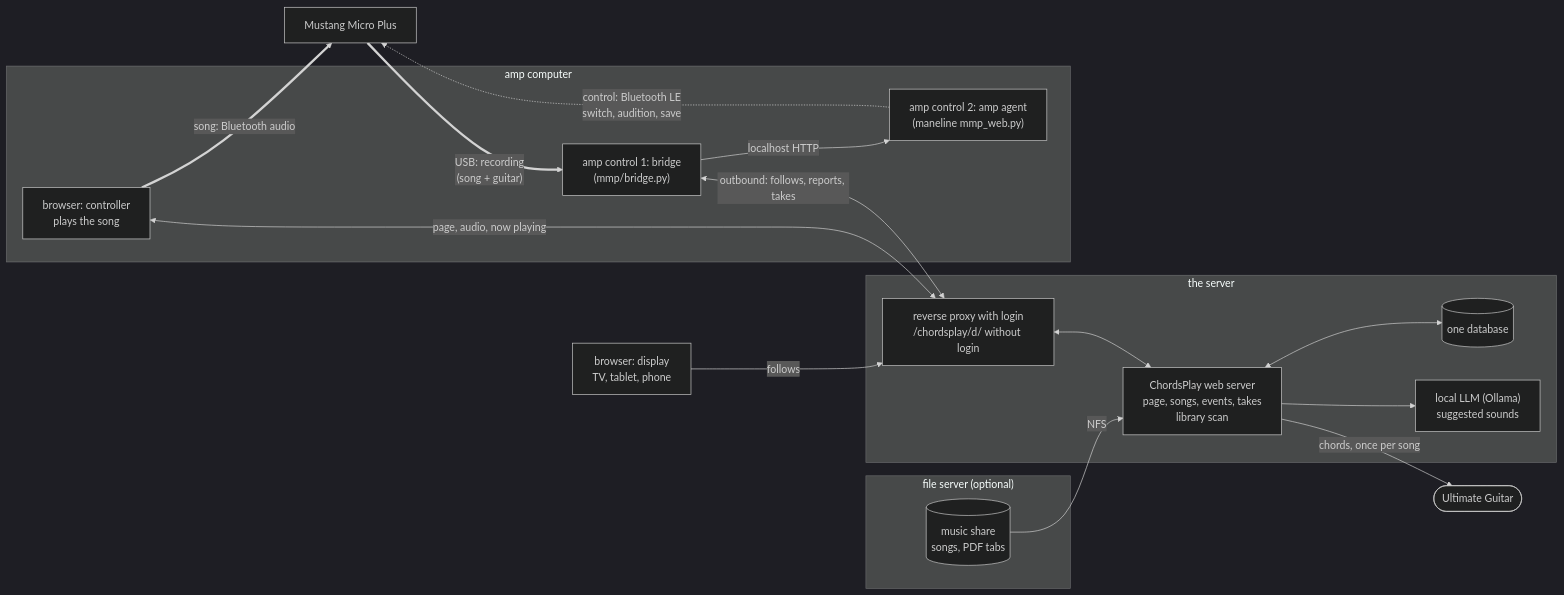
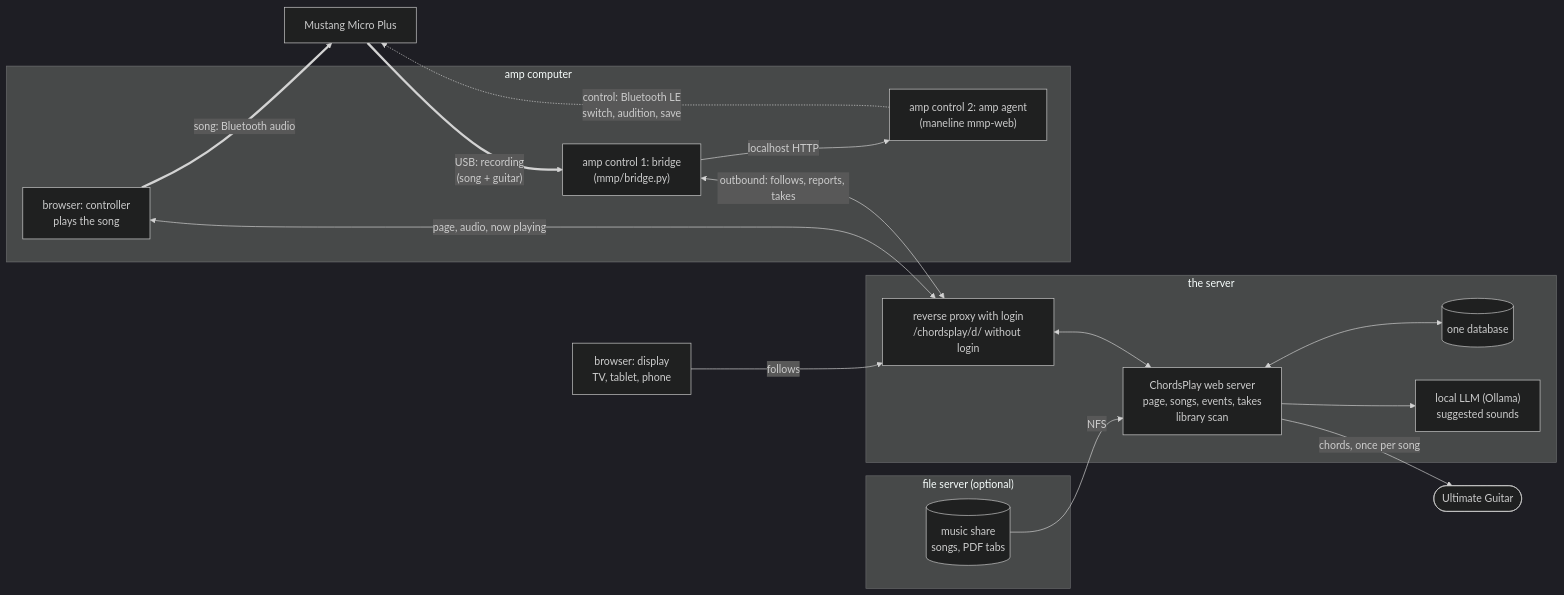
Before and after one commit to joba-1/ChordsPlay: the diagram in docs/web.md, drawn with Mermaid (dark theme). The commit also changed other lines of this file and 13 other files, not shown here.

Commit message:
Current state only: desktop takeover (web.migrate) and schema upgrades for old databases removed; docs rewritten in the present (README, install with packages first and how to purge, web, spec-amp, test plan), plans in docs/plans.md

````diff
--- a/docs/web.md
+++ b/docs/web.md
@@ -241,32 +238,32 @@
 ```mermaid
 flowchart LR
   subgraph nas["file server (optional)"]
     share[("music share<br>songs, PDF tabs")]
   end
   ug(["Ultimate Guitar"])
   subgraph server["the server"]
     apache["reverse proxy with login<br>/chordsplay/d/ without login"]
     web["ChordsPlay web server<br>page, songs, events, takes<br>library scan"]
     db[("one database")]
     llm["local LLM (Ollama)<br>suggested sounds"]
   end
   subgraph ampc["amp computer"]
     ctl["browser: controller<br>plays the song"]
     bridge["amp control 1: bridge<br>(mmp/bridge.py)"]
-    agent["amp control 2: amp agent<br>(maneline mmp_web.py)"]
+    agent["amp control 2: amp agent<br>(maneline mmp-web)"]
   end
   mmp["Mustang Micro Plus"]
   disp["browser: display<br>TV, tablet, phone"]
   share -- NFS --> web
   web <--> db
   web -- "chords, once per song" --> ug
   web --> llm
   apache <--> web
   ctl <-- "page, audio, now playing" --> apache
   disp -- follows --> apache
   bridge <-- "outbound: follows, reports, takes" --> apache
   bridge -- "localhost HTTP" --> agent
   ctl == "song: Bluetooth audio" ==> mmp
   agent -. "control: Bluetooth LE<br>switch, audition, save" .-> mmp
   mmp == "USB: recording<br>(song + guitar)" ==> bridge
 ```
````
